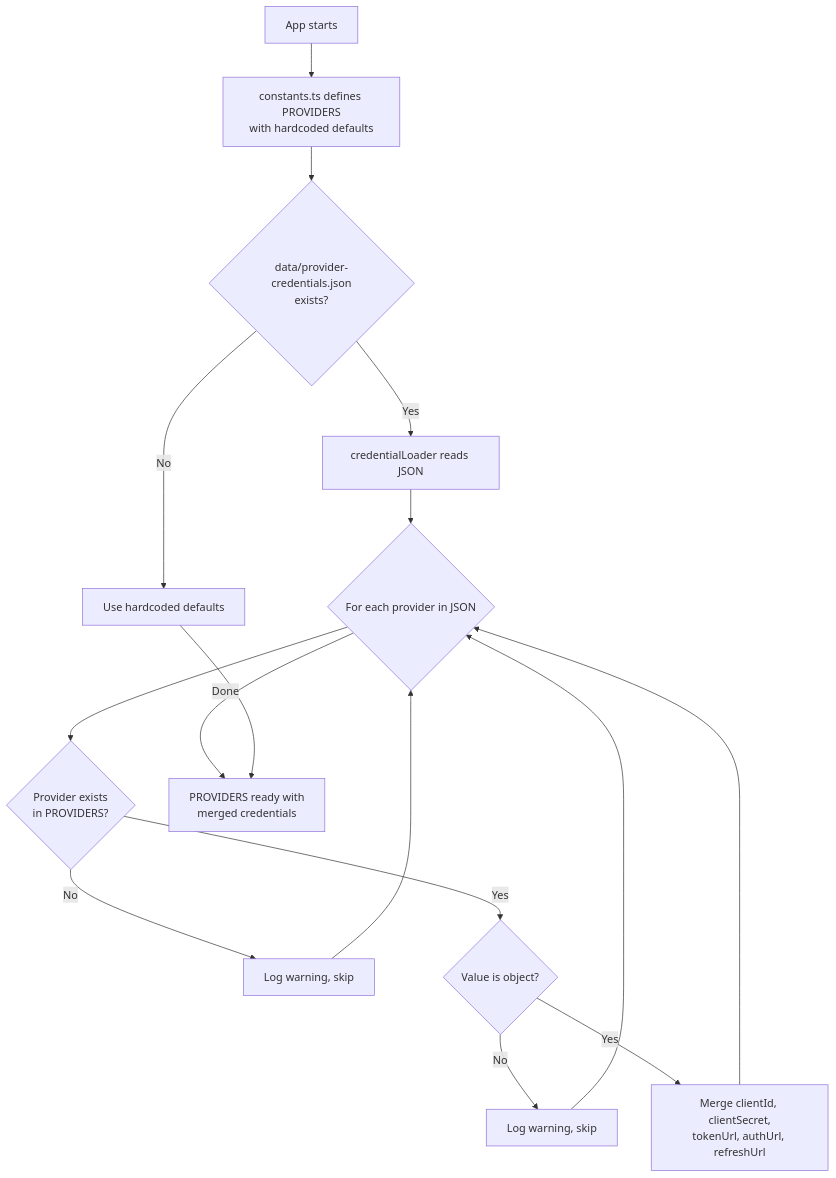
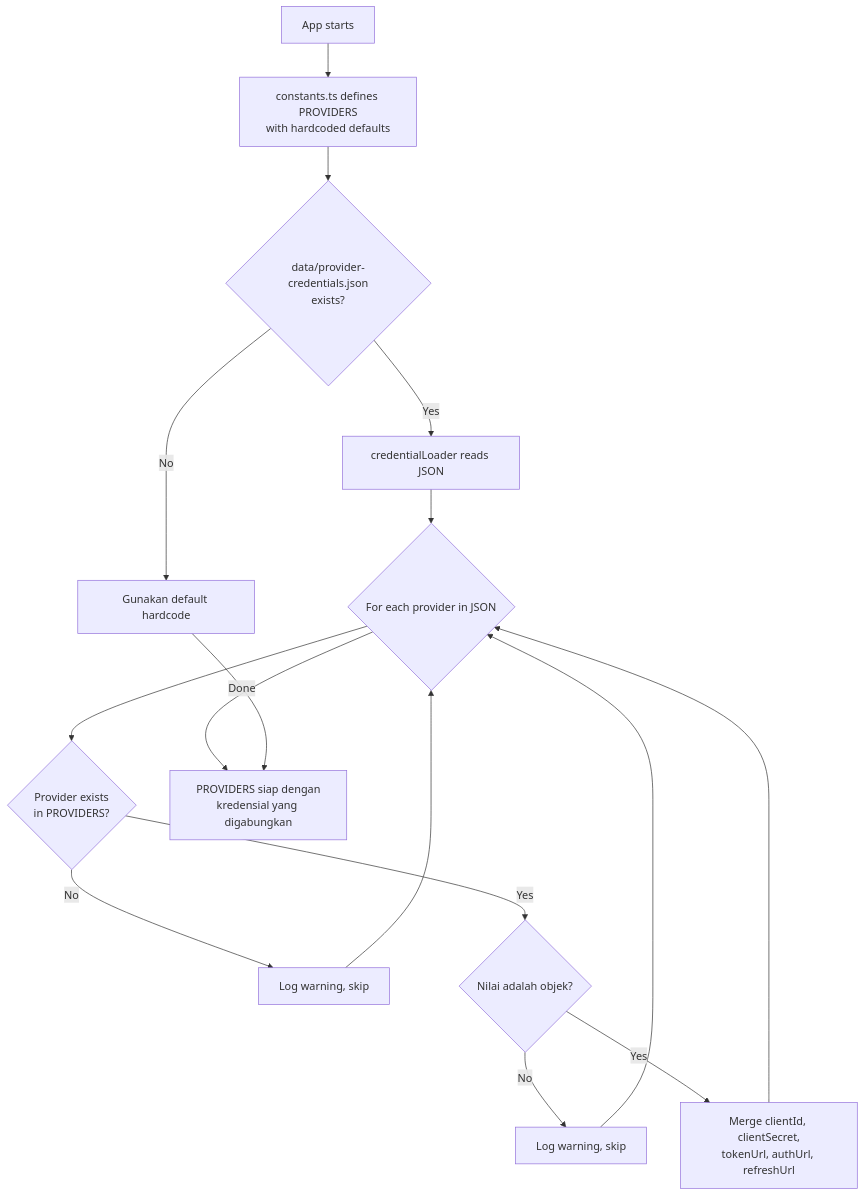
One commit to innotelinc/jesus changed the second of 12 diagrams in apps/omniroute/docs/i18n/id/docs/architecture/CODEBASE_DOCUMENTATION.md. Above: the diagram before and after it, drawn with Mermaid. The commit also changed other lines of this file and 152 other files, not shown here.

````diff
--- a/apps/omniroute/docs/i18n/id/docs/architecture/CODEBASE_DOCUMENTATION.md
+++ b/apps/omniroute/docs/i18n/id/docs/architecture/CODEBASE_DOCUMENTATION.md
@@ -126,18 +126,18 @@
 ```mermaid
 flowchart TD
     A["App starts"] --> B["constants.ts defines PROVIDERS\nwith hardcoded defaults"]
     B --> C{"data/provider-credentials.json\nexists?"}
     C -->|Yes| D["credentialLoader reads JSON"]
-    C -->|No| E["Use hardcoded defaults"]
+    C -->|No| E["Gunakan default hardcode"]
     D --> F{"For each provider in JSON"}
     F --> G{"Provider exists\nin PROVIDERS?"}
     G -->|No| H["Log warning, skip"]
-    G -->|Yes| I{"Value is object?"}
+    G -->|Yes| I{"Nilai adalah objek?"}
     I -->|No| J["Log warning, skip"]
     I -->|Yes| K["Merge clientId, clientSecret,\ntokenUrl, authUrl, refreshUrl"]
     K --> F
     H --> F
     J --> F
-    F -->|Done| L["PROVIDERS ready with\nmerged credentials"]
+    F -->|Done| L["PROVIDERS siap dengan\nkredensial yang digabungkan"]
     E --> L
 ```
````
